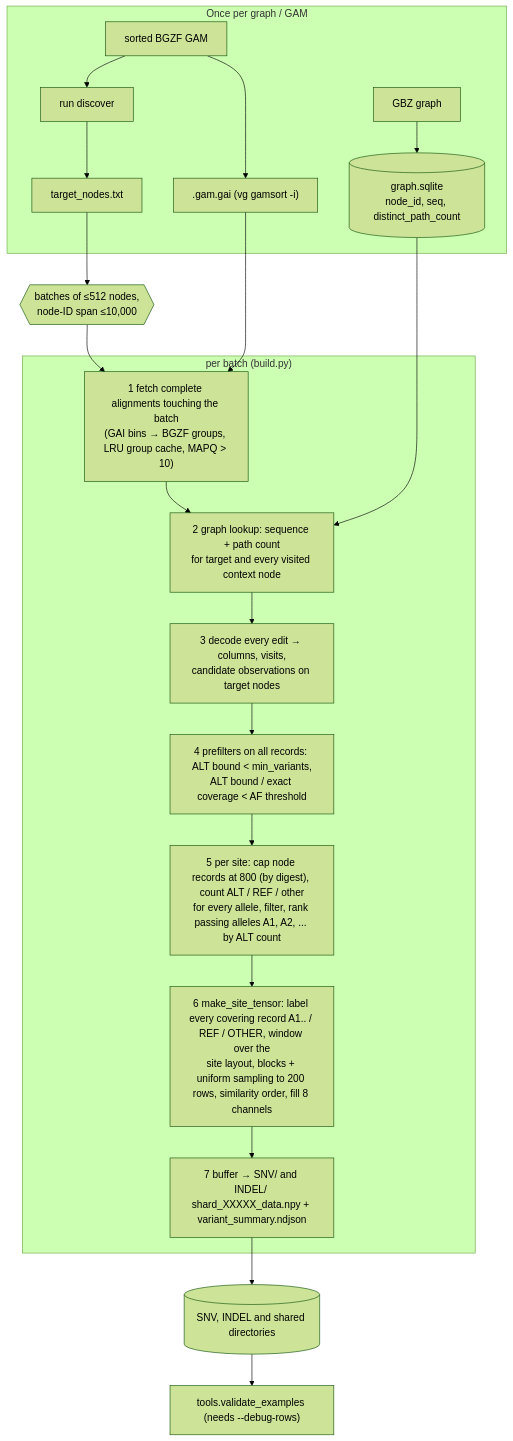
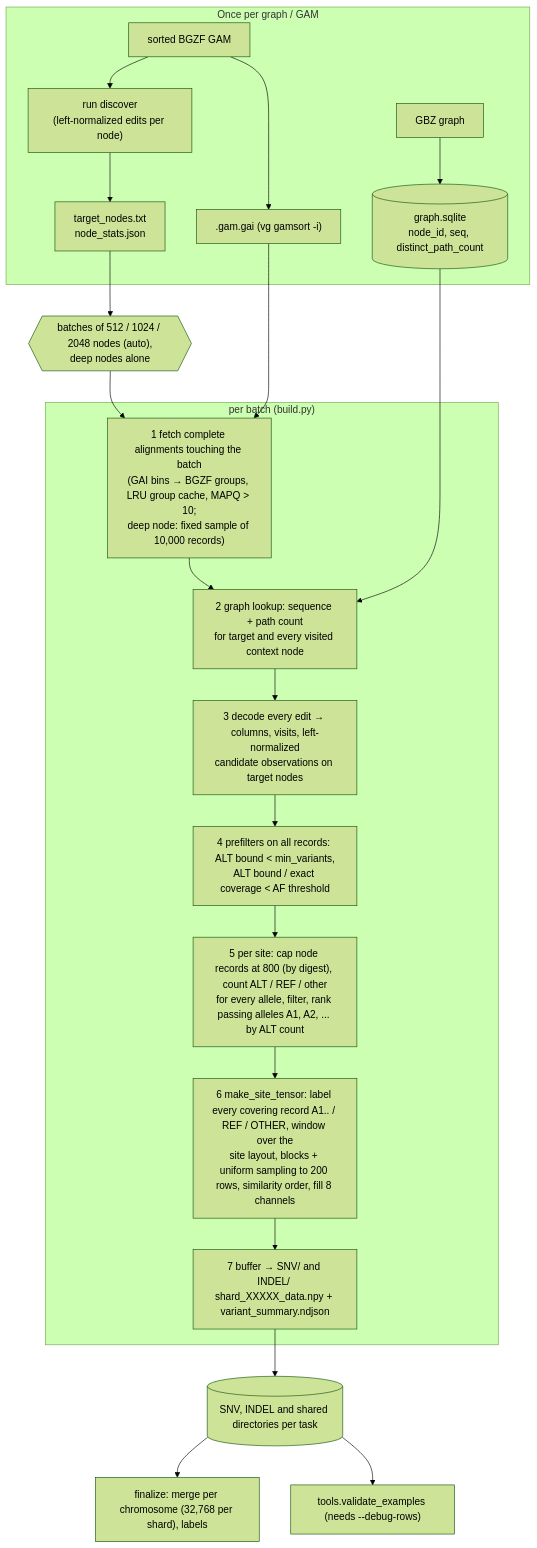
Before and after one commit to Jiawei-Shen/Pansoma: the diagram in indexed_gam_pipeline_v3/README.md, drawn with Mermaid (forest theme). The commit also changed other lines of this file and 3 other files, not shown here.

````diff
--- a/indexed_gam_pipeline_v3/README.md
+++ b/indexed_gam_pipeline_v3/README.md
@@ -70,25 +68,26 @@
 ```mermaid
 flowchart TD
     subgraph once["Once per graph / GAM"]
         GBZ["GBZ graph"] --> GIDX[("graph.sqlite<br/>node_id, seq, distinct_path_count")]
         GAM["sorted BGZF GAM"] --> GAI[".gam.gai (vg gamsort -i)"]
-        GAM --> DISC["run discover"] --> NODES["target_nodes.txt"]
+        GAM --> DISC["run discover<br/>(left-normalized edits per node)"] --> NODES["target_nodes.txt<br/>node_stats.json"]
     end
 
-    NODES --> BATCH{{"batches of ≤512 nodes,<br/>node-ID span ≤10,000"}}
+    NODES --> BATCH{{"batches of 512 / 1024 / 2048 nodes (auto),<br/>deep nodes alone"}}
     subgraph batch["per batch (build.py)"]
-        F["1 fetch complete alignments touching the batch<br/>(GAI bins → BGZF groups, LRU group cache, MAPQ > 10)"]
+        F["1 fetch complete alignments touching the batch<br/>(GAI bins → BGZF groups, LRU group cache, MAPQ > 10;<br/>deep node: fixed sample of 10,000 records)"]
         G["2 graph lookup: sequence + path count<br/>for target and every visited context node"]
-        D["3 decode every edit → columns, visits,<br/>candidate observations on target nodes"]
+        D["3 decode every edit → columns, visits, left-normalized<br/>candidate observations on target nodes"]
         P["4 prefilters on all records: ALT bound < min_variants,<br/>ALT bound / exact coverage < AF threshold"]
         C["5 per site: cap node records at 800 (by digest), count ALT / REF / other<br/>for every allele, filter, rank passing alleles A1, A2, ... by ALT count"]
         T["6 make_site_tensor: label every covering record A1.. / REF / OTHER, window over the<br/>site layout, blocks + uniform sampling to 200 rows, similarity order, fill 8 channels"]
         W["7 buffer → SNV/ and INDEL/ shard_XXXXX_data.npy + variant_summary.ndjson"]
         F --> G --> D --> P --> C --> T --> W
     end
     BATCH --> F
     GAI --> F
     GIDX --> G
-    W --> OUT[("SNV, INDEL and shared directories")]
+    W --> OUT[("SNV, INDEL and shared directories per task")]
+    OUT --> MERGE["finalize: merge per chromosome (32,768 per shard), labels"]
     OUT --> AUD["tools.validate_examples (needs --debug-rows)"]
 ```
````
